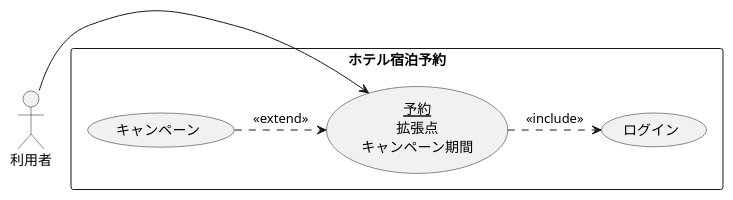
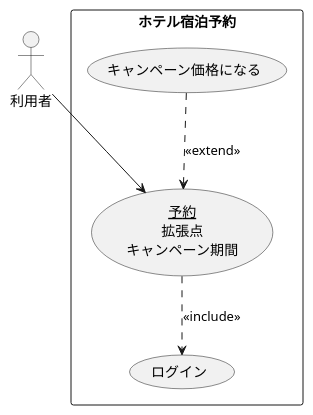
One commit to SatouSeira/uml-introduction changed the diagram in 演習2-4_キャンペーン中のホテル宿泊予約.pu. Above: the diagram before and after it, drawn with PlantUML. The commit also changed 1 other file, not shown here.

```diff
--- a/演習2-4_キャンペーン中のホテル宿泊予約.pu
+++ b/演習2-4_キャンペーン中のホテル宿泊予約.pu
@@ -1,13 +1,13 @@
 @startuml ユースケース図
 actor 利用者
 
  rectangle ホテル宿泊予約 {
-usecase キャンペーン
+usecase キャンペーン価格になる
 usecase (<u>予約</u>\n拡張点\nキャンペーン期間) as input
 usecase ログイン
 }
 
-利用者 -> input
-キャンペーン .> input : <<extend>>
-input .> ログイン : << include >>
+利用者 --> input
+キャンペーン価格になる ..> input : <<extend>>
+input ..> ログイン : << include >>
 @enduml
```
